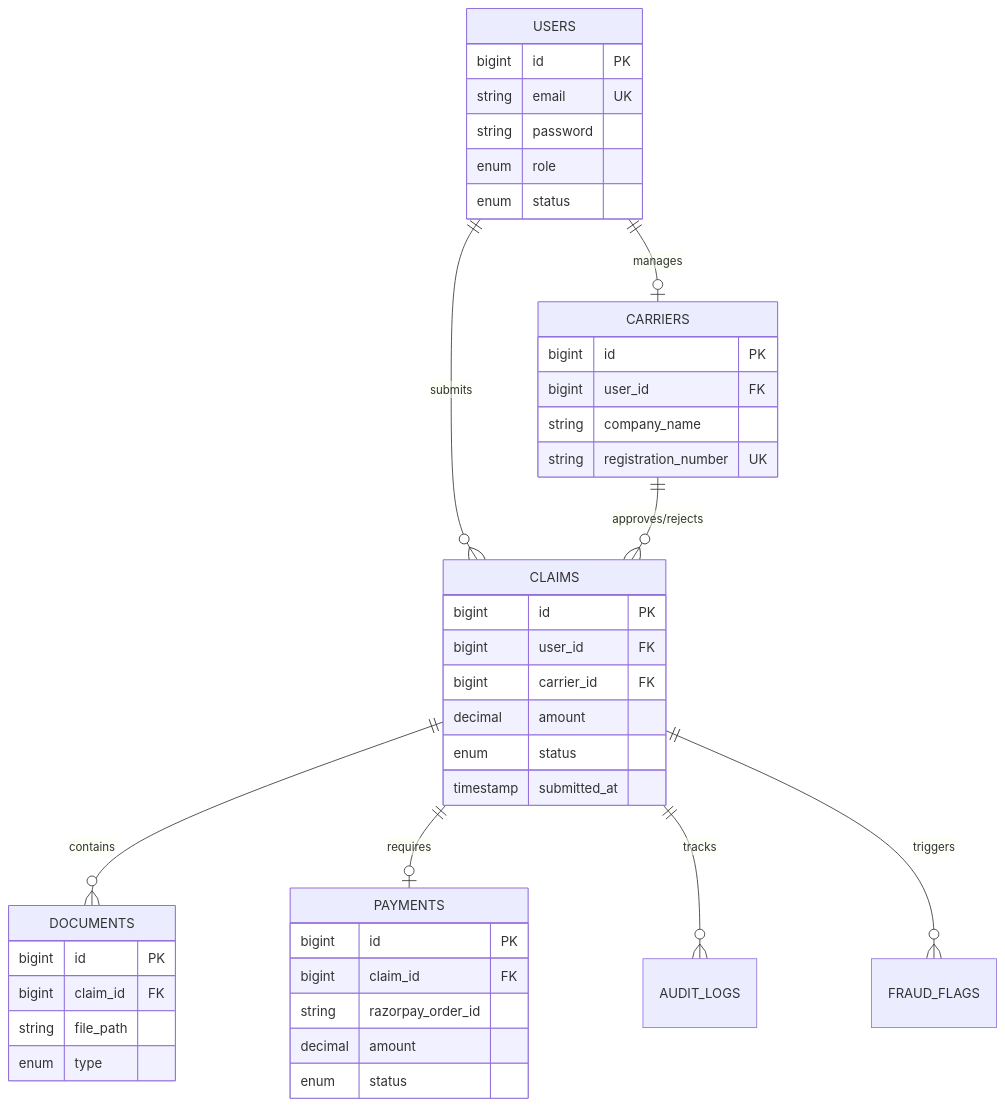
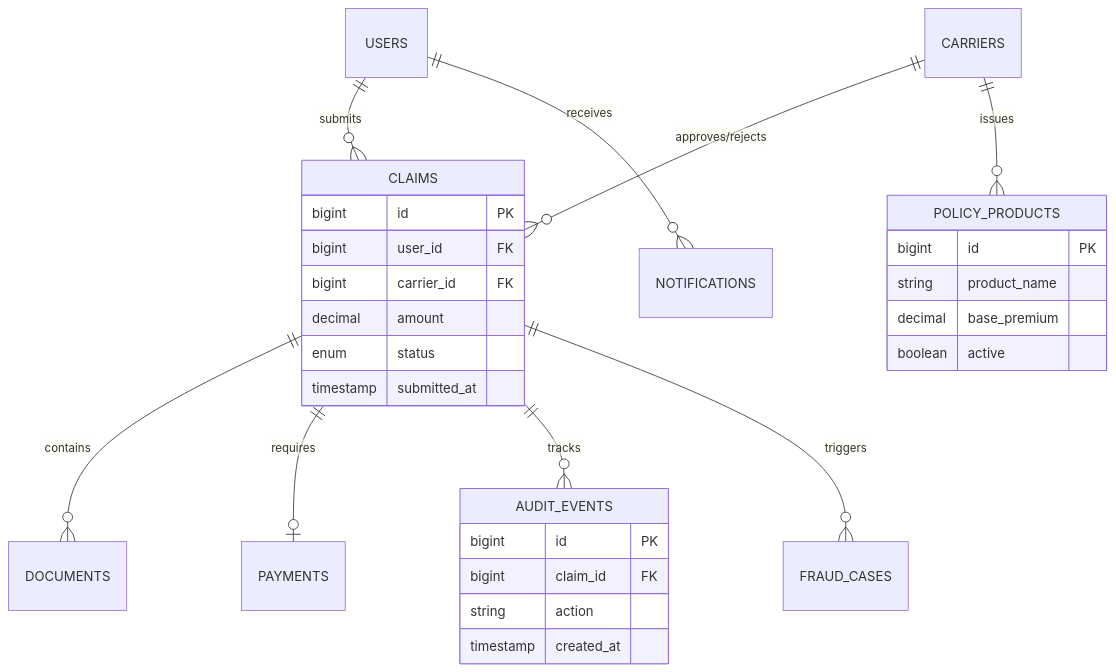
The third of 10 diagrams in README.md (mithun-io/tpa-api), drawn with Mermaid before and after one commit. The commit also changed other lines of this file and 4751 other files, not shown here.

````diff
--- a/README.md
+++ b/README.md
@@ -78,45 +196,32 @@
 ```mermaid
 erDiagram
     USERS ||--o{ CLAIMS : "submits"
-    USERS ||--o| CARRIERS : "manages"
     CARRIERS ||--o{ CLAIMS : "approves/rejects"
     CLAIMS ||--o{ DOCUMENTS : "contains"
     CLAIMS ||--o| PAYMENTS : "requires"
-    CLAIMS ||--o{ AUDIT_LOGS : "tracks"
-    CLAIMS ||--o{ FRAUD_FLAGS : "triggers"
+    CLAIMS ||--o{ AUDIT_EVENTS : "tracks"
+    CLAIMS ||--o{ FRAUD_CASES : "triggers"
+    CARRIERS ||--o{ POLICY_PRODUCTS : "issues"
+    USERS ||--o{ NOTIFICATIONS : "receives"
 
-    USERS {
-        bigint id PK
-        string email UK
-        string password
-        enum role
-        enum status
-    }
     CLAIMS {
         bigint id PK
         bigint user_id FK
         bigint carrier_id FK
         decimal amount
         enum status
         timestamp submitted_at
     }
-    CARRIERS {
+    POLICY_PRODUCTS {
         bigint id PK
-        bigint user_id FK
-        string company_name
-        string registration_number UK
+        string product_name
+        decimal base_premium
+        boolean active
     }
-    PAYMENTS {
+    AUDIT_EVENTS {
         bigint id PK
         bigint claim_id FK
-        string razorpay_order_id
-        decimal amount
-        enum status
-    }
-    DOCUMENTS {
-        bigint id PK
-        bigint claim_id FK
-        string file_path
-        enum type
+        string action
+        timestamp created_at
     }
 ```
````
